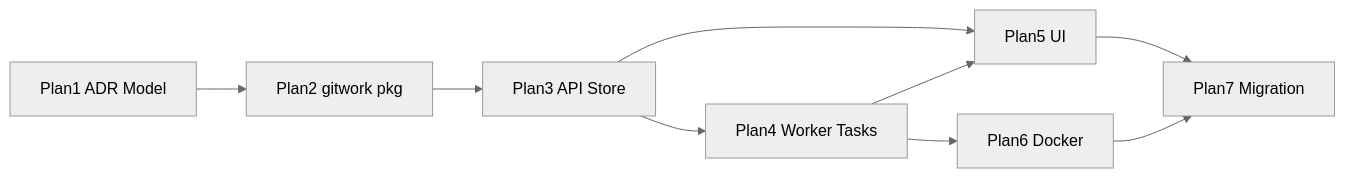
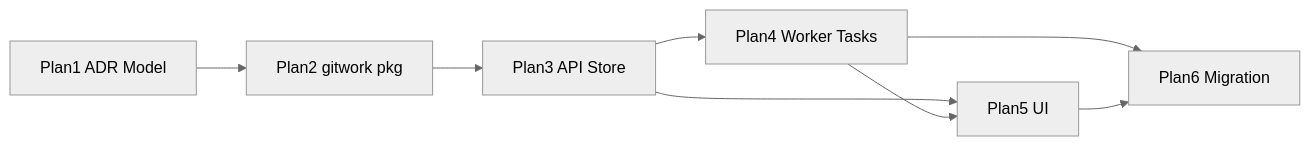
One commit to Hamix-Labs/project-management changed the third of 3 diagrams in docs/plans/issue-39-git-workflow-roadmap.md. Above: the diagram before and after it, drawn with Mermaid (neutral theme). The commit also changed other lines of this file and 34 other files, not shown here.

````diff
--- a/docs/plans/issue-39-git-workflow-roadmap.md
+++ b/docs/plans/issue-39-git-workflow-roadmap.md
@@ -264,11 +242,10 @@
 ```mermaid
 flowchart LR
   P1[Plan1 ADR Model] --> P2[Plan2 gitwork pkg]
   P2 --> P3[Plan3 API Store]
   P3 --> P4[Plan4 Worker Tasks]
   P3 --> P5[Plan5 UI]
   P4 --> P5
-  P4 --> P6[Plan6 Docker]
-  P5 --> P7[Plan7 Migration]
-  P6 --> P7
+  P4 --> P6[Plan6 Migration]
+  P5 --> P6
 ```
````
